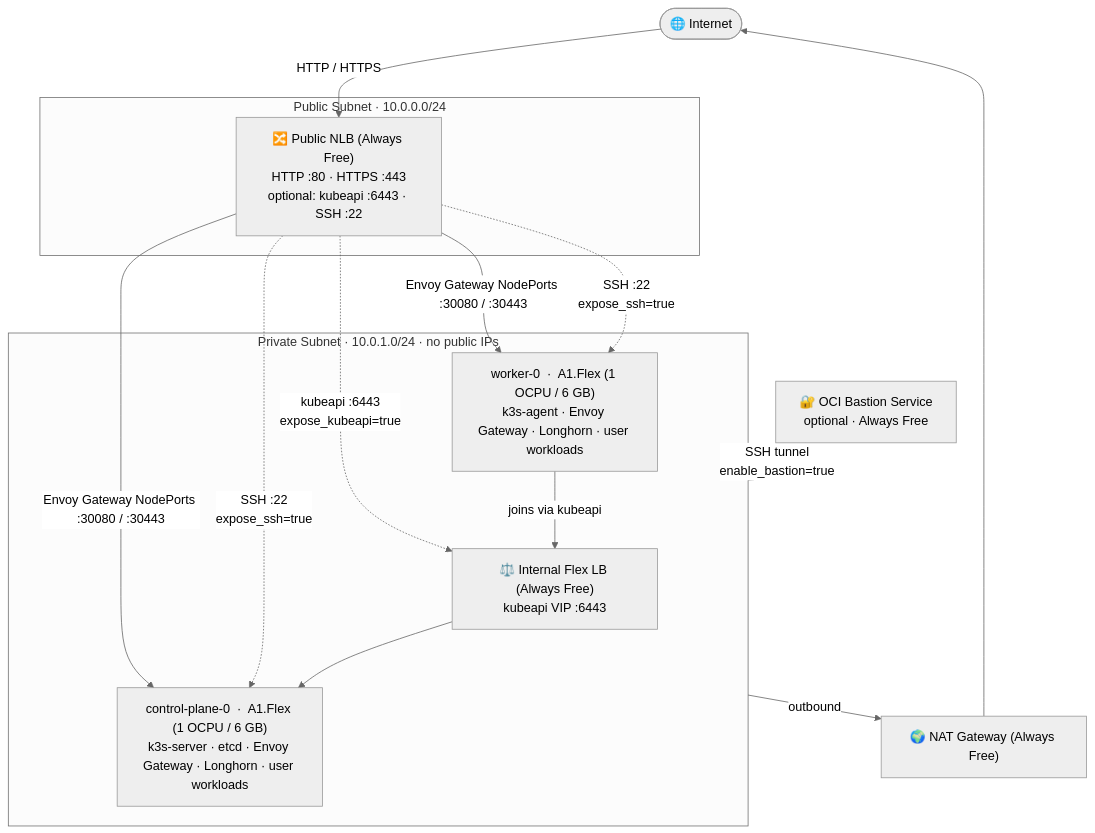
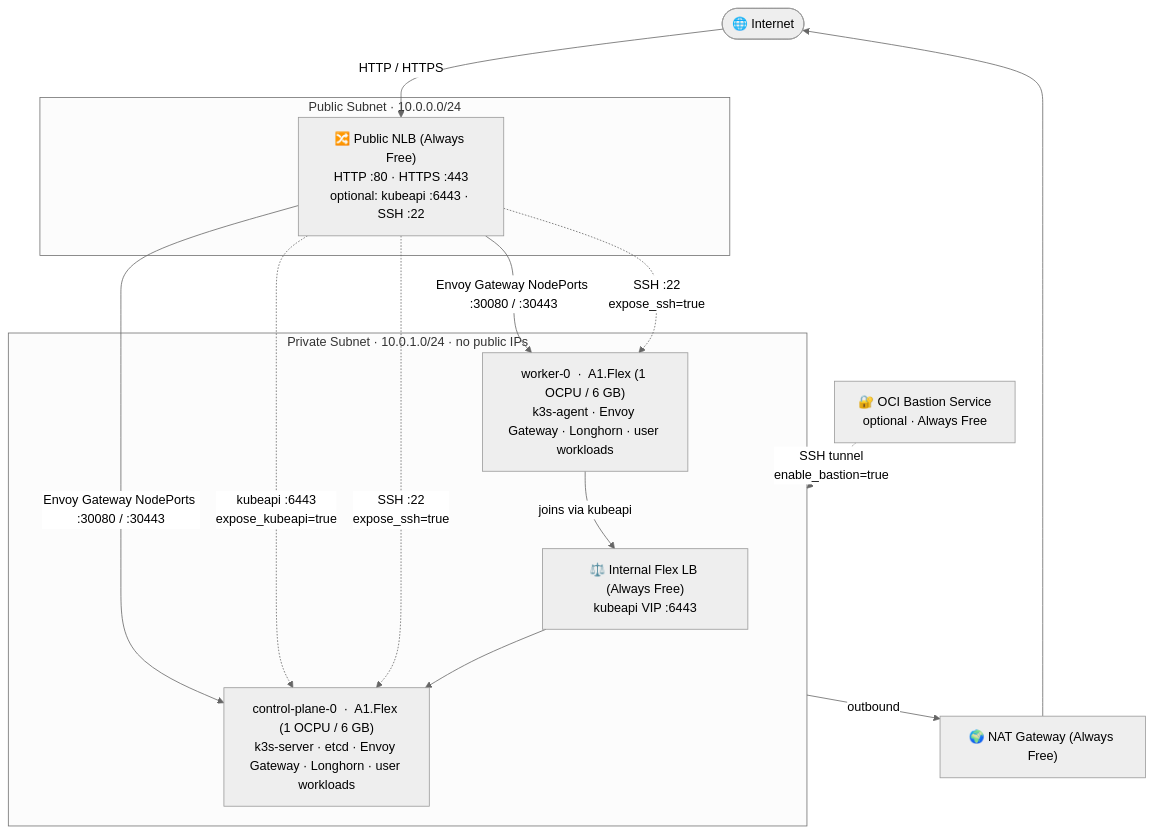
Before and after one commit to mbologna/k3s-oci: the diagram in README.md, drawn with Mermaid (neutral theme). The commit also changed other lines of this file and 1 other file, not shown here.

````diff
--- a/README.md
+++ b/README.md
@@ -30,37 +30,37 @@
 ```mermaid
 graph TD
     Internet(["🌐 Internet"])
 
     subgraph public["Public Subnet · 10.0.0.0/24"]
         NLB["🔀 Public NLB (Always Free)
 HTTP :80 · HTTPS :443
 optional: kubeapi :6443 · SSH :22"]
     end
 
     subgraph private["Private Subnet · 10.0.1.0/24 · no public IPs"]
         ILB["⚖️ Internal Flex LB (Always Free)
 kubeapi VIP :6443"]
 
         CP["control-plane-0  ·  A1.Flex (1 OCPU / 6 GB)
 k3s-server · etcd · Envoy Gateway · Longhorn · user workloads"]
 
         W["worker-0  ·  A1.Flex (1 OCPU / 6 GB)
 k3s-agent · Envoy Gateway · Longhorn · user workloads"]
     end
 
     NAT["🌍 NAT Gateway (Always Free)"]
     Bastion["🔐 OCI Bastion Service
 optional · Always Free"]
 
     Internet -->|HTTP / HTTPS| NLB
     NLB -->|"Envoy Gateway NodePorts :30080 / :30443"| CP & W
     NLB -. "kubeapi :6443
-expose_kubeapi=true" .-> ILB
+expose_kubeapi=true" .-> CP
     NLB -. "SSH :22
 expose_ssh=true" .-> CP & W
     ILB --> CP
     W -->|joins via kubeapi| ILB
     private -->|outbound| NAT --> Internet
     Bastion -. "SSH tunnel
 enable_bastion=true" .-> private
 ```
````
